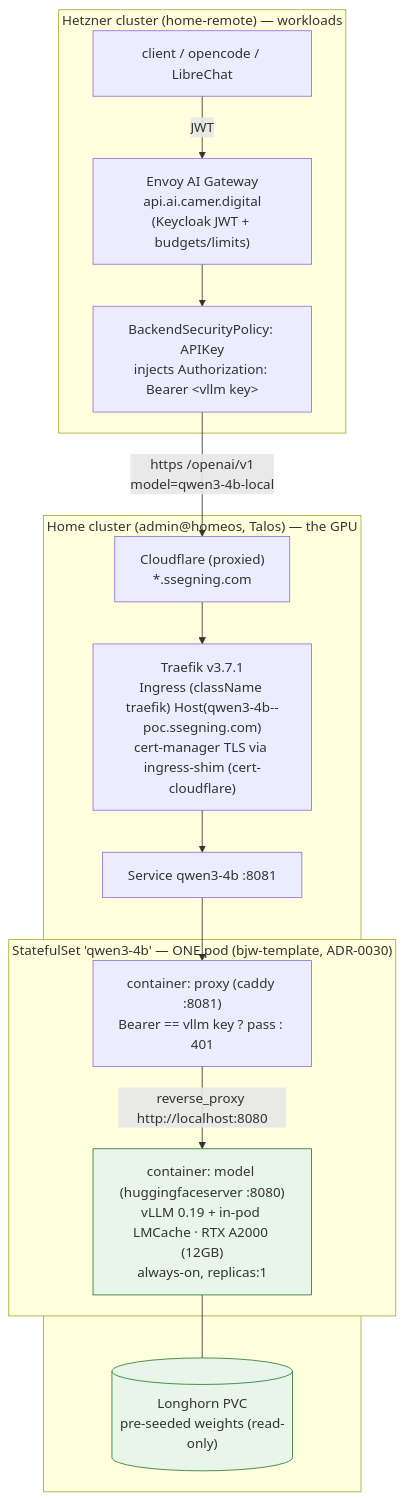
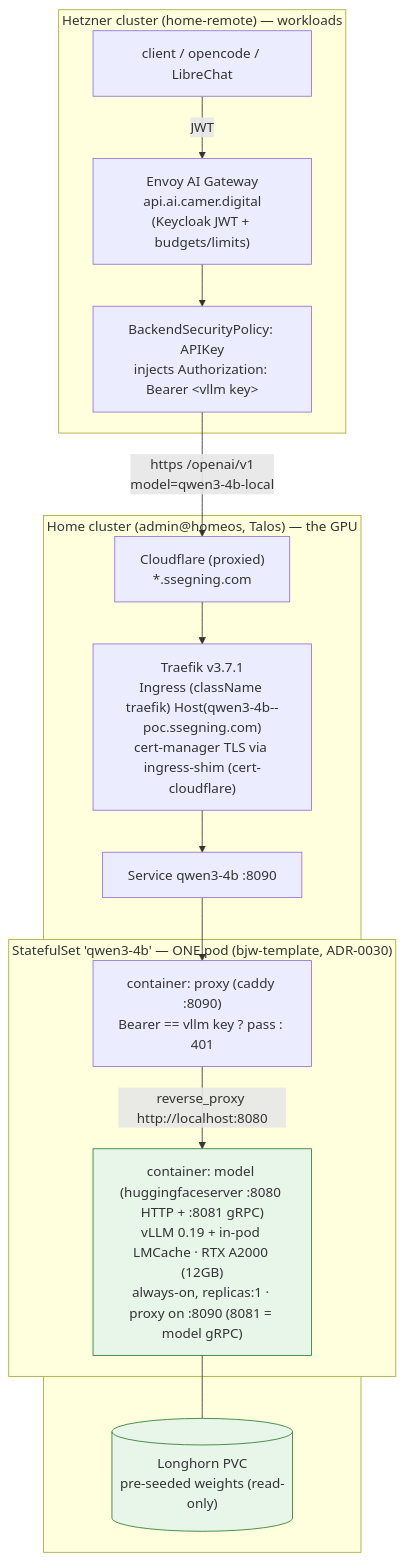
The diagram in docs/self-hosted-model-serving.md (ADORSYS-GIS/ai-helm), drawn with Mermaid before and after one commit. The commit also changed other lines of this file and 3 other files, not shown here.

First line of the commit message:
fix(model-serving): move Caddy sidecar off :8081 — it collides with the model's KServe gRPC port

````diff
--- a/docs/self-hosted-model-serving.md
+++ b/docs/self-hosted-model-serving.md
@@ -472,28 +472,28 @@
 ```mermaid
 flowchart TB
   subgraph hetzner["Hetzner cluster (home-remote) — workloads"]
     client["client / opencode / LibreChat"]
     eg["Envoy AI Gateway<br/>api.ai.camer.digital<br/>(Keycloak JWT + budgets/limits)"]
     bsp["BackendSecurityPolicy: APIKey<br/>injects Authorization: Bearer &lt;vllm key&gt;"]
     client -->|"JWT"| eg --> bsp
   end
 
   cf["Cloudflare (proxied)<br/>*.ssegning.com"]
   bsp -->|"https /openai/v1<br/>model=qwen3-4b-local"| cf
 
   subgraph home["Home cluster (admin@homeos, Talos) — the GPU"]
     tr["Traefik v3.7.1<br/>Ingress (className traefik) Host(qwen3-4b--poc.ssegning.com)<br/>cert-manager TLS via ingress-shim (cert-cloudflare)"]
-    svc["Service qwen3-4b :8081"]
+    svc["Service qwen3-4b :8090"]
     subgraph sts["StatefulSet 'qwen3-4b' — ONE pod (bjw-template, ADR-0030)"]
-      proxy["container: proxy (caddy :8081)<br/>Bearer == vllm key ? pass : 401"]
-      model["container: model (huggingfaceserver :8080)<br/>vLLM 0.19 + in-pod LMCache · RTX A2000 (12GB)<br/>always-on, replicas:1"]
+      proxy["container: proxy (caddy :8090)<br/>Bearer == vllm key ? pass : 401"]
+      model["container: model (huggingfaceserver :8080 HTTP + :8081 gRPC)<br/>vLLM 0.19 + in-pod LMCache · RTX A2000 (12GB)<br/>always-on, replicas:1 · proxy on :8090 (8081 = model gRPC)"]
       proxy -->|"reverse_proxy http://localhost:8080"| model
     end
     pvc[("Longhorn PVC<br/>pre-seeded weights (read-only)")]
     cf --> tr --> svc --> proxy
     model --- pvc
   end
 
   classDef gpu fill:#e8f5e9,stroke:#2e7d32;
   class model,pvc gpu;
 ```
````
